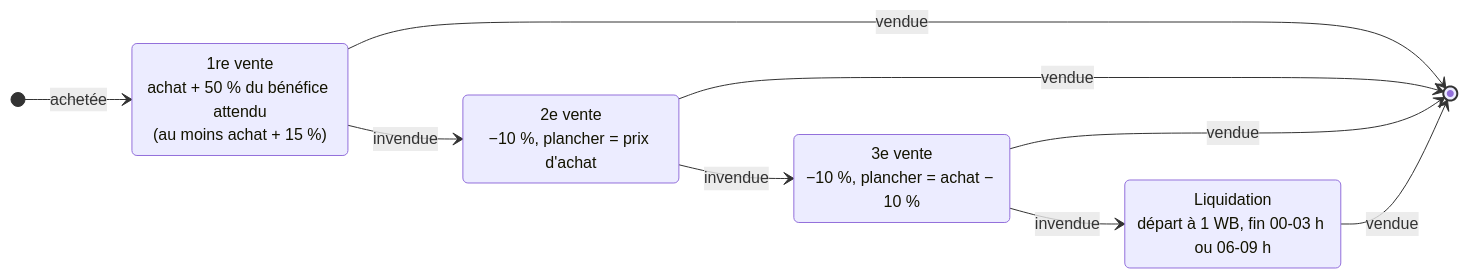
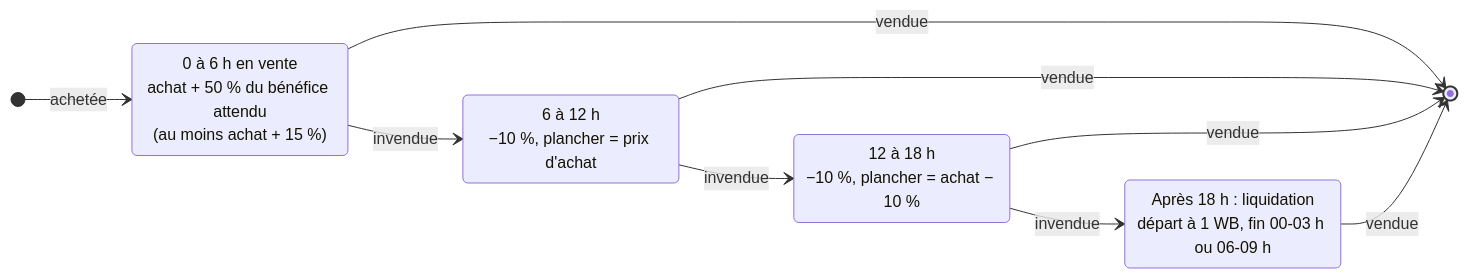
One commit to MaKSiiMe/WikiMastered changed the fourth of 8 diagrams in docs/FONCTIONNEMENT.md. Above: the diagram before and after it, drawn with Mermaid. The commit also changed other lines of this file and 21 other files, not shown here.

````diff
--- a/docs/FONCTIONNEMENT.md
+++ b/docs/FONCTIONNEMENT.md
@@ -110,16 +120,16 @@
 ```mermaid
 stateDiagram-v2
     direction LR
     [*] --> V1: achetée
-    V1: 1re vente<br/>achat + 50 % du bénéfice attendu<br/>(au moins achat + 15 %)
-    V2: 2e vente<br/>−10 %, plancher = prix d'achat
-    V3: 3e vente<br/>−10 %, plancher = achat − 10 %
-    V4: Liquidation<br/>départ à 1 WB, fin 00-03 h ou 06-09 h
+    V1: 0 à 6 h en vente<br/>achat + 50 % du bénéfice attendu<br/>(au moins achat + 15 %)
+    V2: 6 à 12 h<br/>−10 %, plancher = prix d'achat
+    V3: 12 à 18 h<br/>−10 %, plancher = achat − 10 %
+    V4: Après 18 h : liquidation<br/>départ à 1 WB, fin 00-03 h ou 06-09 h
     V1 --> V2: invendue
     V2 --> V3: invendue
     V3 --> V4: invendue
     V1 --> [*]: vendue
     V2 --> [*]: vendue
     V3 --> [*]: vendue
     V4 --> [*]: vendue
 ```
````
